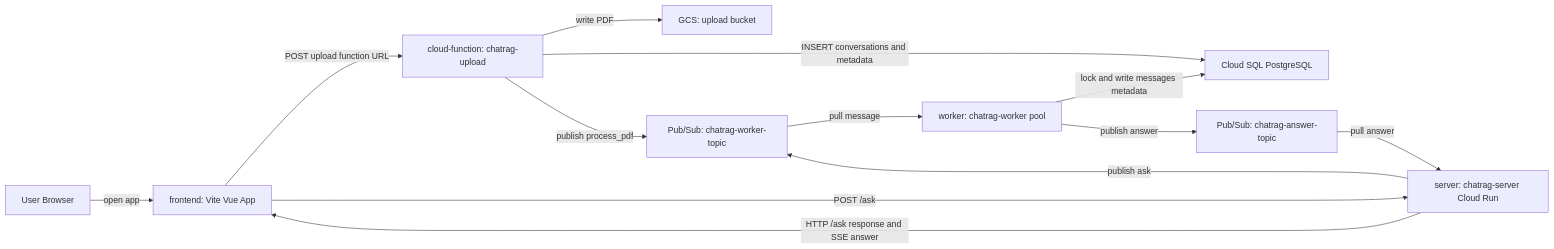
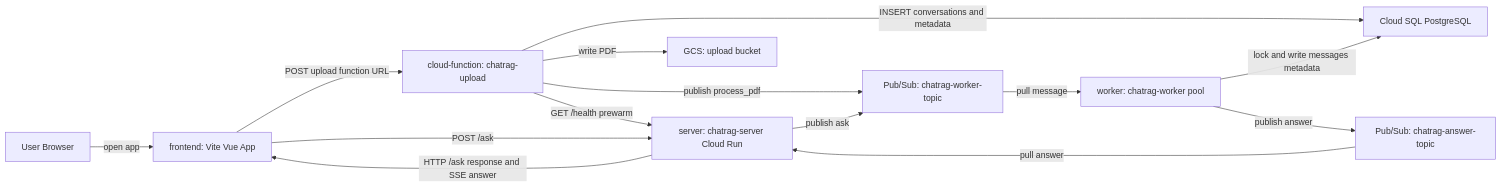
The first of 3 diagrams in README.md (feegloo/mychatbot-com), drawn with Mermaid before and after one commit. The commit also changed other lines of this file and 31 other files, not shown here.

````diff
--- a/README.md
+++ b/README.md
@@ -49,25 +49,26 @@
 ```mermaid
 flowchart LR
     User["User Browser"]
     Frontend["frontend: Vite Vue App"]
     UploadFunction["cloud-function: chatrag-upload"]
     Server["server: chatrag-server Cloud Run"]
     Storage["GCS: upload bucket"]
     Database["Cloud SQL PostgreSQL"]
     WorkerTopic["Pub/Sub: chatrag-worker-topic"]
     Worker["worker: chatrag-worker pool"]
     AnswerTopic["Pub/Sub: chatrag-answer-topic"]
 
     User -->|"open app"| Frontend
     Frontend -->|"POST upload function URL"| UploadFunction
     UploadFunction -->|"write PDF"| Storage
     UploadFunction -->|"INSERT conversations and metadata"| Database
+    UploadFunction -->|"GET /health prewarm"| Server
     UploadFunction -->|"publish process_pdf"| WorkerTopic
     WorkerTopic -->|"pull message"| Worker
     Worker -->|"lock and write messages metadata"| Database
     Frontend -->|"POST /ask"| Server
     Server -->|"publish ask"| WorkerTopic
     Worker -->|"publish answer"| AnswerTopic
     AnswerTopic -->|"pull answer"| Server
     Server -->|"HTTP /ask response and SSE answer"| Frontend
 ```
````
